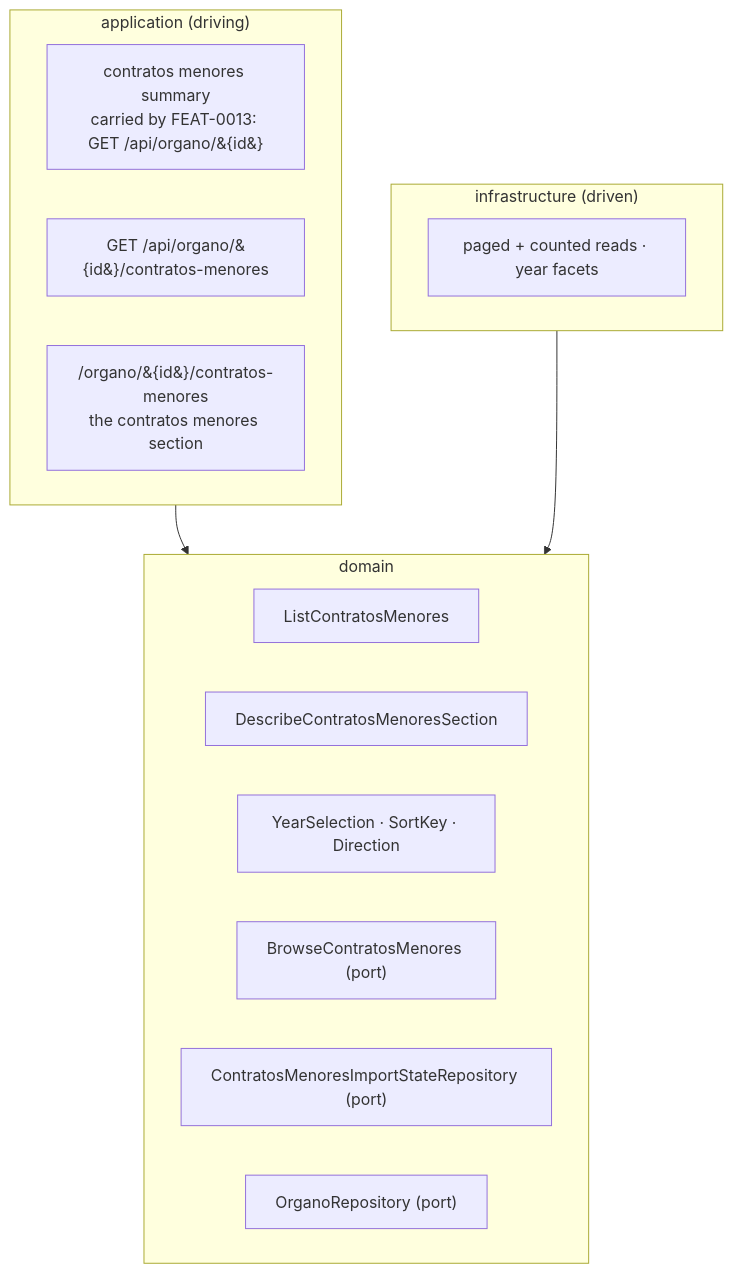
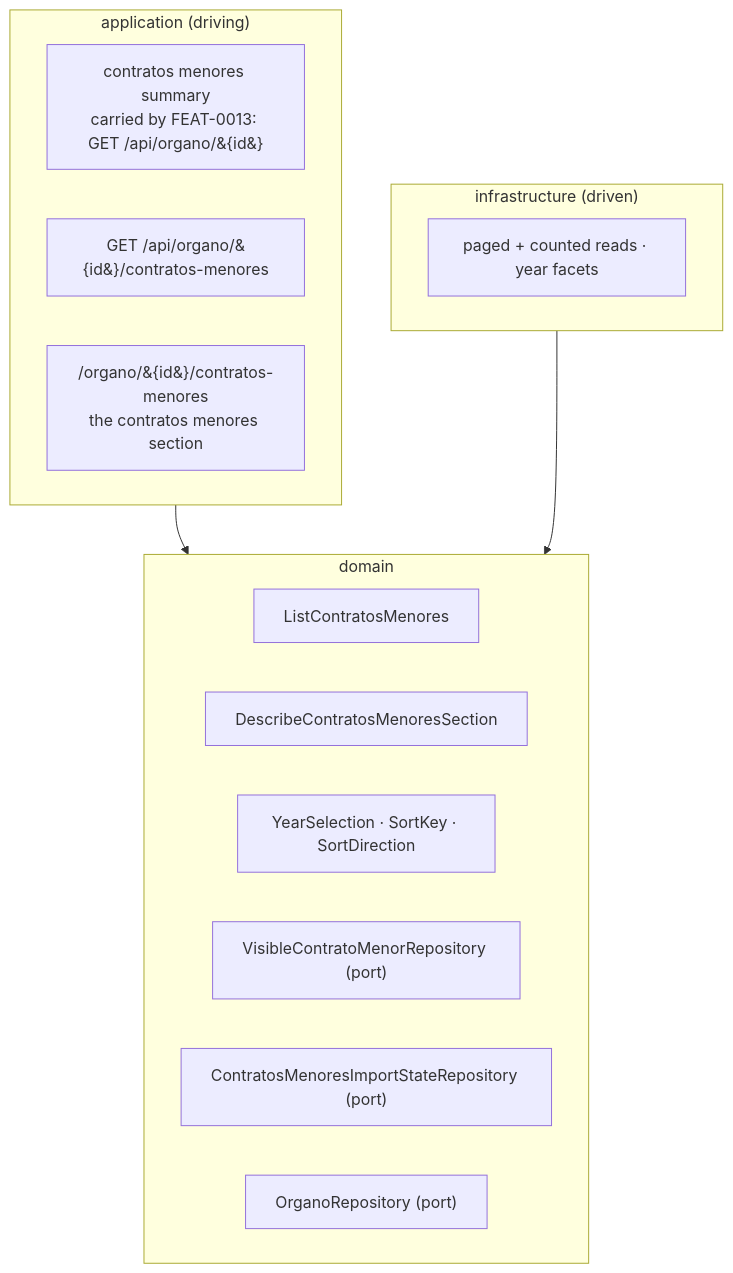
The diagram in docs/features/FEAT-0011-contratos-menores-browsing/README.md (earelin/conxugal), drawn with Mermaid before and after one commit. The commit also changed other lines of this file and 18 other files, not shown here.

First line of the commit message:
fix: address the backend review of the selection types and browse ports

````diff
--- a/docs/features/FEAT-0011-contratos-menores-browsing/README.md
+++ b/docs/features/FEAT-0011-contratos-menores-browsing/README.md
@@ -137,24 +137,24 @@
 ```mermaid
 flowchart TB
     subgraph application["application (driving)"]
         direction LR
         summaryPort["contratos menores summary<br/>carried by FEAT-0013: GET /api/organo/&#123;id&#125;"]
         listApi["GET /api/organo/&#123;id&#125;/contratos-menores"]
         sectionUi["/organo/&#123;id&#125;/contratos-menores<br/>the contratos menores section"]
     end
     subgraph domain["domain"]
         direction LR
         listUc["ListContratosMenores"]
         resumoUc["DescribeContratosMenoresSection"]
-        selection["YearSelection · SortKey · Direction"]
-        contratoRepo["BrowseContratosMenores (port)"]
+        selection["YearSelection · SortKey · SortDirection"]
+        contratoRepo["VisibleContratoMenorRepository (port)"]
         stateRepo["ContratosMenoresImportStateRepository (port)"]
         organoRepo["OrganoRepository (port)"]
     end
     subgraph infrastructure["infrastructure (driven)"]
         direction LR
         jdbcReads["paged + counted reads · year facets"]
     end
     application --> domain
     infrastructure --> domain
 ```
````
